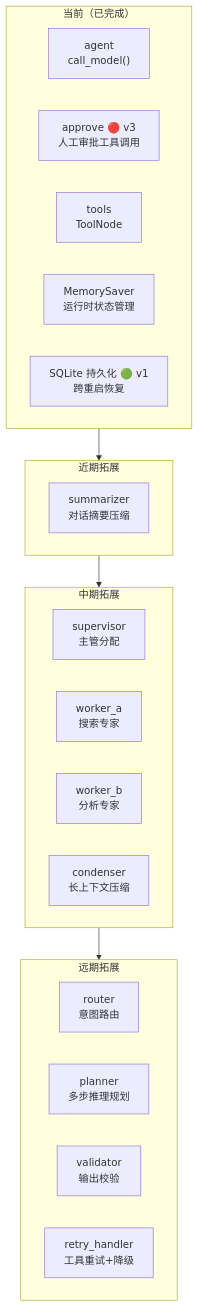
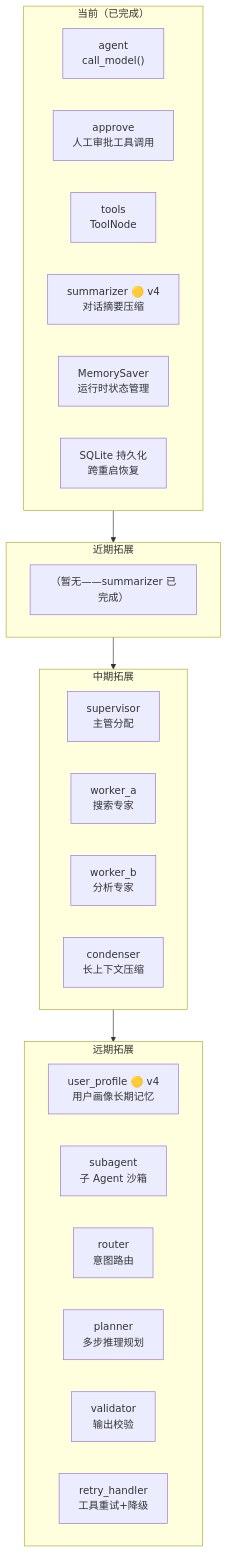
Before and after one commit to wuLa0702/llm_wiki_selfbuild: the eighth of 10 diagrams in docs/agent-architecture-diagrams.md, drawn with Mermaid. The commit also changed other lines of this file and 10 other files, not shown here.

````diff
--- a/docs/agent-architecture-diagrams.md
+++ b/docs/agent-architecture-diagrams.md
@@ -343,33 +402,35 @@
 ```mermaid
 flowchart TD
     subgraph CURRENT["当前（已完成）"]
         AGENT["agent<br/>call_model()"]
-        APPROVE["approve 🔴 v3<br/>人工审批工具调用"]
+        APPROVE["approve<br/>人工审批工具调用"]
         TOOLS["tools<br/>ToolNode"]
+        SUMM["summarizer 🟡 v4<br/>对话摘要压缩"]
         CHECK["MemorySaver<br/>运行时状态管理"]
-        SQLITE["SQLite 持久化 🟢 v1<br/>跨重启恢复"]
+        SQLITE["SQLite 持久化<br/>跨重启恢复"]
     end
 
     subgraph P1["近期拓展"]
-        MEMORY["summarizer<br/>对话摘要压缩"]
-        MEMORY["summarizer<br/>对话摘要压缩"]
+        REMARK["（暂无——summarizer 已完成）"]
     end
 
     subgraph P2["中期拓展"]
         SUPERVISOR["supervisor<br/>主管分配"]
         WORKER1["worker_a<br/>搜索专家"]
         WORKER2["worker_b<br/>分析专家"]
         CONDENSER["condenser<br/>长上下文压缩"]
     end
 
     subgraph P3["远期拓展"]
+        PROFILE["user_profile 🟡 v4<br/>用户画像长期记忆"]
+        SUBAGENT["subagent<br/>子 Agent 沙箱"]
         ROUTER["router<br/>意图路由"]
         PLANNER["planner<br/>多步推理规划"]
         VALIDATOR["validator<br/>输出校验"]
         RETRY["retry_handler<br/>工具重试+降级"]
     end
 
     CURRENT --> P1
     P1 --> P2
     P2 --> P3
 ```
````
